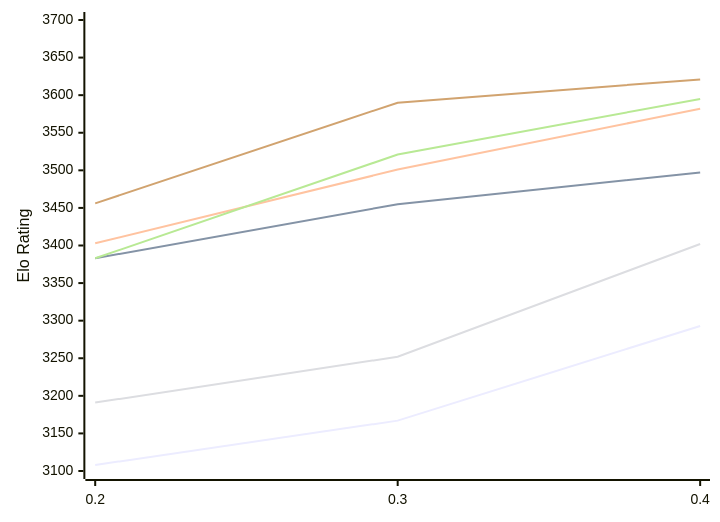
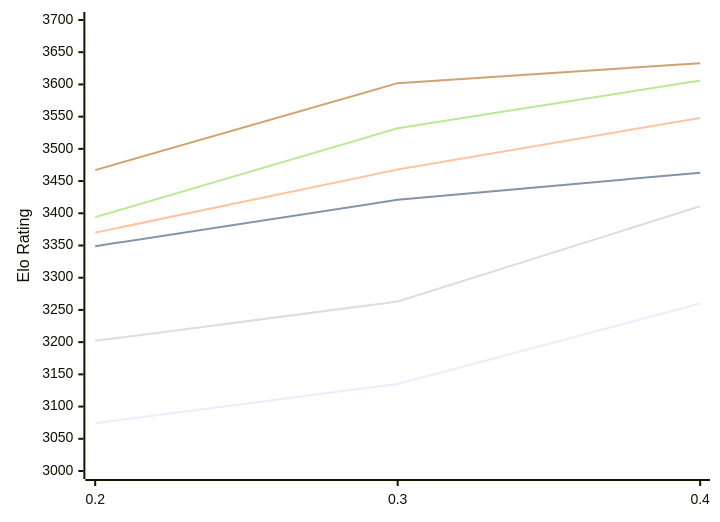
Before and after one commit to computer-chess-index/cci: the diagram in engines/StockDory.md, drawn with Mermaid. The commit also changed other lines of this file, not shown here.

Commit message:
Update CCI Ratings (ELO VLTC) - 2026-11-12

````diff
--- a/engines/StockDory.md
+++ b/engines/StockDory.md
@@ -51,12 +51,12 @@
 ```mermaid
 %%{init: {"theme":"base","themeVariables":{"seriesColors:['#a3a3a3','#222221','#faa371']}}}%%
 xychart-beta
   x-axis ["0.2", "0.3", "0.4"]
-  y-axis "Elo Rating" 3100 --> 3700
-  line "E1: STC (8.0+0.08s)" [3108, 3167, 3293]
-  line "E1: LTC (60.0+0.60s)" [3383, 3455, 3497]
-  line "E1: VLTC (2m24s+1.12s)" [3403, 3501, 3582]
-  line "P1: STC (8.0+0.08s)" [3191, 3252, 3402]
-  line "P1: LTC (60.0+0.60s)" [3383, 3521, 3595]
-  line "P1: VLTC (2m24s+1.12s)" [3456, 3590, 3621]
+  y-axis "Elo Rating" 3000 --> 3700
+  line "E1: STC (8.0+0.08s)" [3074, 3135, 3260]
+  line "E1: LTC (60.0+0.60s)" [3349, 3421, 3463]
+  line "E1: VLTC (2m24s+1.12s)" [3370, 3468, 3548]
+  line "P1: STC (8.0+0.08s)" [3202, 3263, 3411]
+  line "P1: LTC (60.0+0.60s)" [3394, 3532, 3606]
+  line "P1: VLTC (2m24s+1.12s)" [3467, 3602, 3633]
 ```
````
